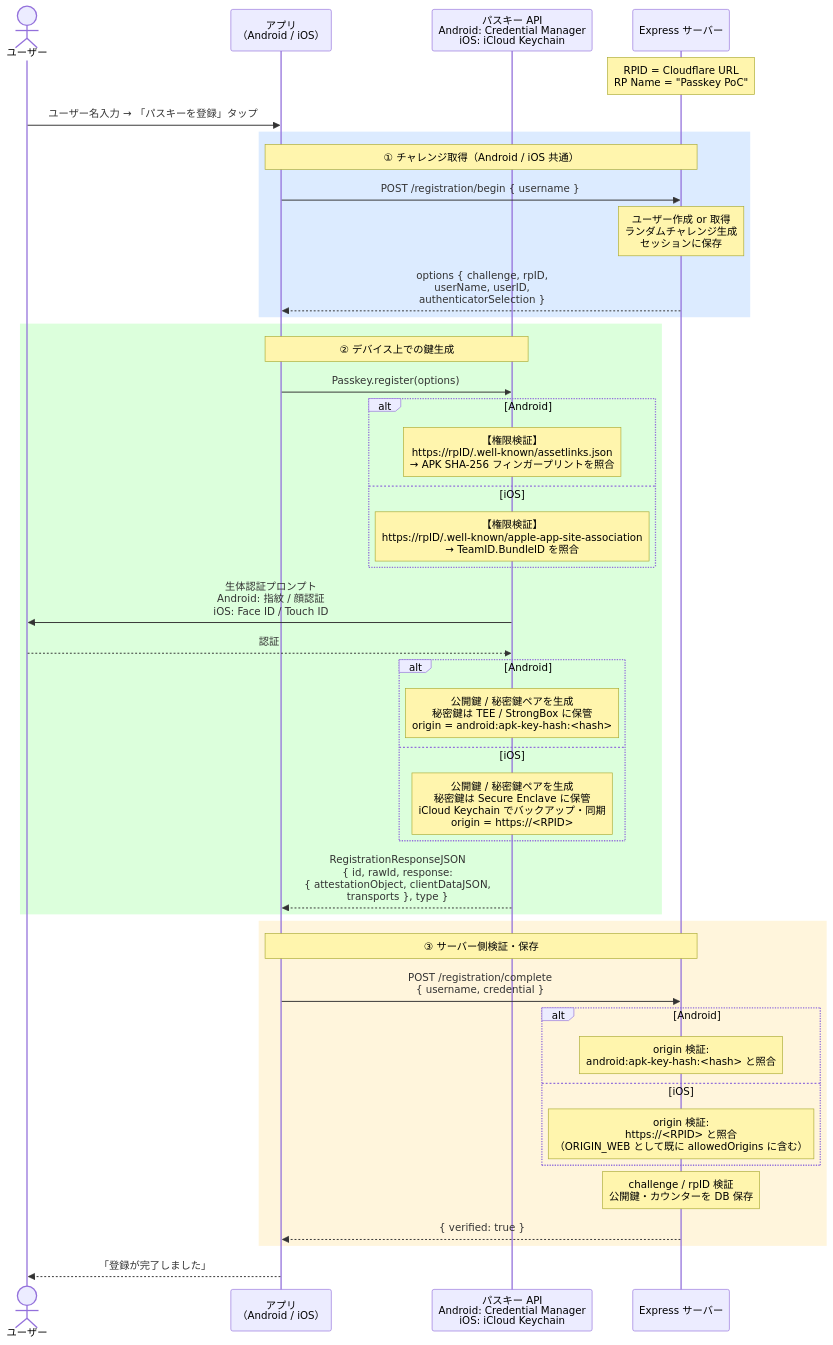
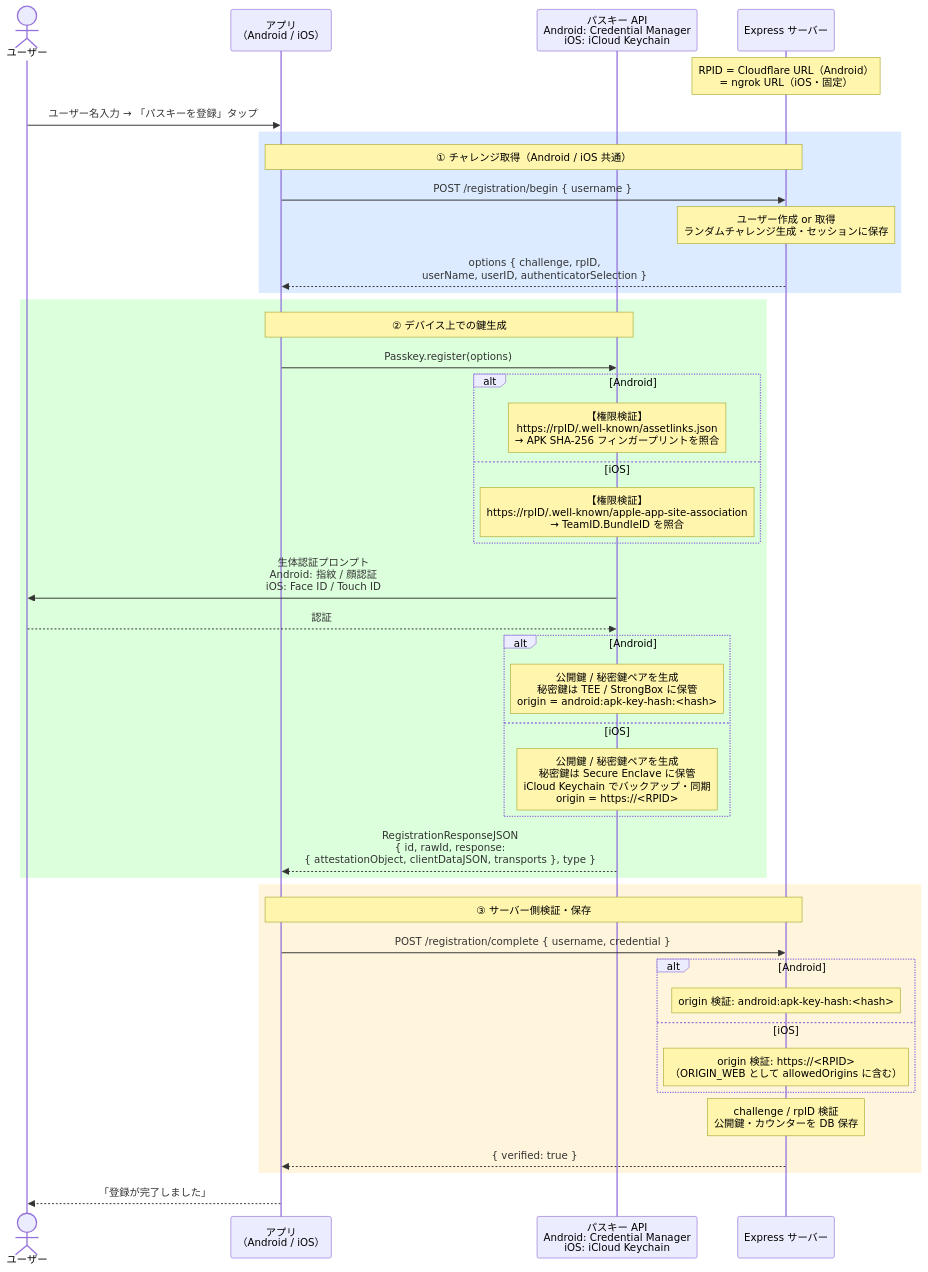
The second of 6 diagrams in README.md (taka1226s/passkey-poc), drawn with Mermaid before and after one commit. The commit also changed other lines of this file, not shown here.

````diff
--- a/README.md
+++ b/README.md
@@ -268,50 +358,50 @@
 ```mermaid
 sequenceDiagram
     actor User as ユーザー
     participant App as アプリ<br/>（Android / iOS）
     participant CM as パスキー API<br/>Android: Credential Manager<br/>iOS: iCloud Keychain
     participant Server as Express サーバー
 
-    Note over Server: RPID = Cloudflare URL<br/>RP Name = "Passkey PoC"
+    Note over Server: RPID = Cloudflare URL（Android）<br/>     = ngrok URL（iOS・固定）
 
     User->>App: ユーザー名入力 → 「パスキーを登録」タップ
 
     rect rgb(220, 235, 255)
         Note over App,Server: ① チャレンジ取得（Android / iOS 共通）
         App->>Server: POST /registration/begin { username }
-        Note over Server: ユーザー作成 or 取得<br/>ランダムチャレンジ生成<br/>セッションに保存
-        Server-->>App: options { challenge, rpID,<br/>userName, userID,<br/>authenticatorSelection }
+        Note over Server: ユーザー作成 or 取得<br/>ランダムチャレンジ生成・セッションに保存
+        Server-->>App: options { challenge, rpID,<br/>userName, userID, authenticatorSelection }
     end
 
     rect rgb(220, 255, 220)
         Note over App,CM: ② デバイス上での鍵生成
         App->>CM: Passkey.register(options)
         alt Android
             Note over CM: 【権限検証】<br/>https://rpID/.well-known/assetlinks.json<br/>→ APK SHA-256 フィンガープリントを照合
         else iOS
             Note over CM: 【権限検証】<br/>https://rpID/.well-known/apple-app-site-association<br/>→ TeamID.BundleID を照合
         end
         CM->>User: 生体認証プロンプト<br/>Android: 指紋 / 顔認証<br/>iOS: Face ID / Touch ID
         User-->>CM: 認証
         alt Android
             Note over CM: 公開鍵 / 秘密鍵ペアを生成<br/>秘密鍵は TEE / StrongBox に保管<br/>origin = android:apk-key-hash:<hash>
         else iOS
             Note over CM: 公開鍵 / 秘密鍵ペアを生成<br/>秘密鍵は Secure Enclave に保管<br/>iCloud Keychain でバックアップ・同期<br/>origin = https://<RPID>
         end
-        CM-->>App: RegistrationResponseJSON<br/>{ id, rawId, response:<br/>{ attestationObject, clientDataJSON,<br/>  transports }, type }
+        CM-->>App: RegistrationResponseJSON<br/>{ id, rawId, response:<br/>{ attestationObject, clientDataJSON, transports }, type }
     end
 
     rect rgb(255, 245, 220)
         Note over App,Server: ③ サーバー側検証・保存
-        App->>Server: POST /registration/complete<br/>{ username, credential }
+        App->>Server: POST /registration/complete { username, credential }
         alt Android
-            Note over Server: origin 検証:<br/>android:apk-key-hash:<hash> と照合
+            Note over Server: origin 検証: android:apk-key-hash:<hash>
         else iOS
-            Note over Server: origin 検証:<br/>https://<RPID> と照合<br/>（ORIGIN_WEB として既に allowedOrigins に含む）
+            Note over Server: origin 検証: https://<RPID><br/>（ORIGIN_WEB として allowedOrigins に含む）
         end
         Note over Server: challenge / rpID 検証<br/>公開鍵・カウンターを DB 保存
         Server-->>App: { verified: true }
     end
 
     App-->>User: 「登録が完了しました」
 ```
````
